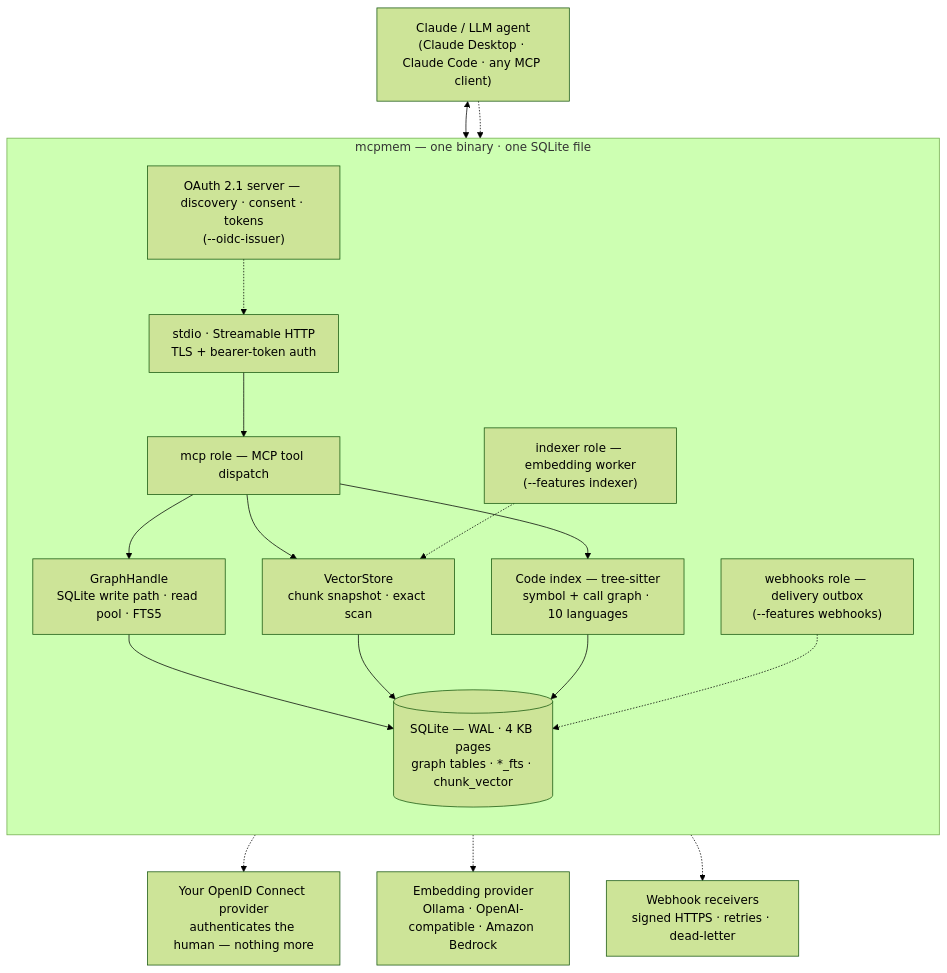
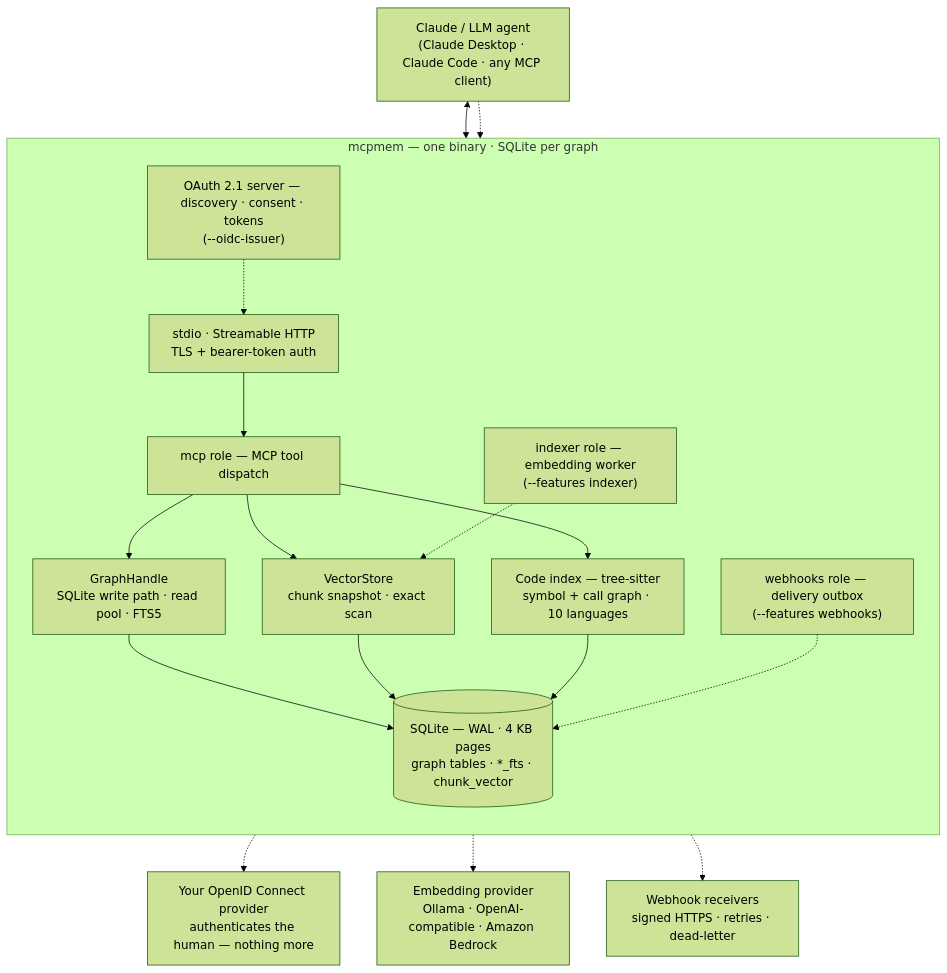
One commit to abankowski/mcpmem changed the diagram in README.md. Above: the diagram before and after it, drawn with Mermaid (forest theme). The commit also changed other lines of this file and 2 other files, not shown here.

````diff
--- a/README.md
+++ b/README.md
@@ -44,33 +45,33 @@
 ```mermaid
 flowchart TB
   Agent["Claude / LLM agent<br/>(Claude Desktop · Claude Code · any MCP client)"]
   Oidc["Your OpenID Connect provider<br/>authenticates the human — nothing more"]
   Embed["Embedding provider<br/>Ollama · OpenAI-compatible · Amazon Bedrock"]
   Hooks["Webhook receivers<br/>signed HTTPS · retries · dead-letter"]
 
-  subgraph mem["mcpmem — one binary · one SQLite file"]
+  subgraph mem["mcpmem — one binary · SQLite per graph"]
     direction TB
     Tr["stdio · Streamable HTTP<br/>TLS + bearer-token auth"]
     Mcp["mcp role — MCP tool dispatch"]
     OAuth["OAuth 2.1 server — discovery · consent · tokens<br/>(--oidc-issuer)"]
     Idx["indexer role — embedding worker<br/>(--features indexer)"]
     Wbk["webhooks role — delivery outbox<br/>(--features webhooks)"]
     Gr["GraphHandle<br/>SQLite write path · read pool · FTS5"]
     Vc["VectorStore<br/>chunk snapshot · exact scan"]
     Cd["Code index — tree-sitter<br/>symbol + call graph · 10 languages"]
     Sql[("SQLite — WAL · 4 KB pages<br/>graph tables · *_fts · chunk_vector")]
 
     Tr --> Mcp
     Mcp --> Gr & Vc & Cd
     Gr & Vc & Cd --> Sql
     OAuth -.-> Tr
     Idx -.-> Vc
     Wbk -.-> Sql
   end
 
   Agent <--> Tr
   Agent -.-> OAuth
   OAuth -.-> Oidc
   Idx -.-> Embed
   Wbk -.-> Hooks
 ```
````
